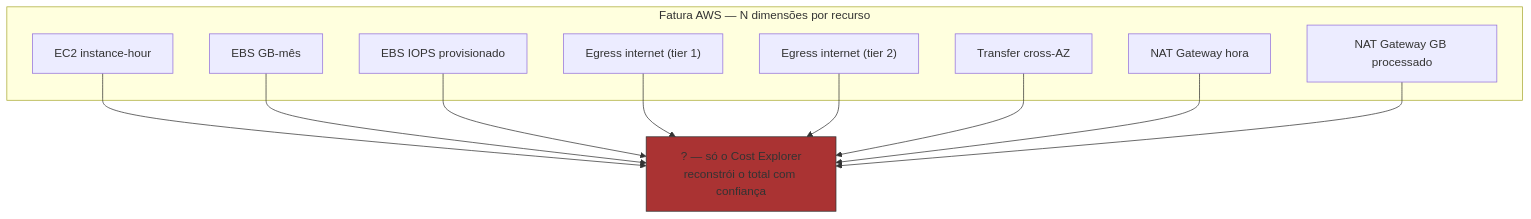
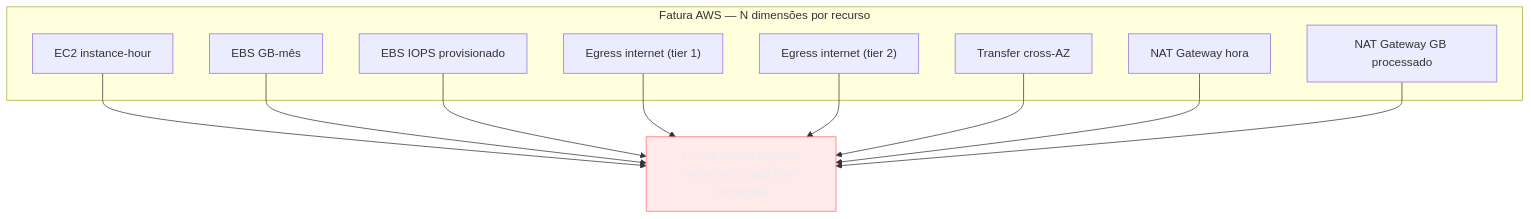
Before and after one commit to josenaldo/codex-technomanticus: the second of 4 diagrams in 03-Dominios/Tecnologia/Cloud/22 - DigitalOcean a fundo/03 - Pricing previsível como diferencial.md, drawn with Mermaid. The commit also changed other lines of this file and 1181 other files, not shown here.

First line of the commit message:
fix(diagramas): paleta do sistema no lugar de cor cravada no markdown

````diff
--- a/03-Dominios/Tecnologia/Cloud/22 - DigitalOcean a fundo/03 - Pricing previsível como diferencial.md
+++ b/03-Dominios/Tecnologia/Cloud/22 - DigitalOcean a fundo/03 - Pricing previsível como diferencial.md
@@ -67,16 +68,17 @@
 ```mermaid
 flowchart TD
+    classDef falha fill:#FF6B6B24,stroke:#FF6B6B,color:#E9ECF2
     subgraph AWS["Fatura AWS — N dimensões por recurso"]
         E1["EC2 instance-hour"]
         E2["EBS GB-mês"]
         E3["EBS IOPS provisionado"]
         E4["Egress internet (tier 1)"]
         E5["Egress internet (tier 2)"]
         E6["Transfer cross-AZ"]
         E7["NAT Gateway hora"]
         E8["NAT Gateway GB processado"]
     end
     E1 & E2 & E3 & E4 & E5 & E6 & E7 & E8 --> Q["? — só o Cost Explorer<br/>reconstrói o total com confiança"]
 
-    style Q fill:#a33,stroke:#333
+    class Q falha
 ```
````
